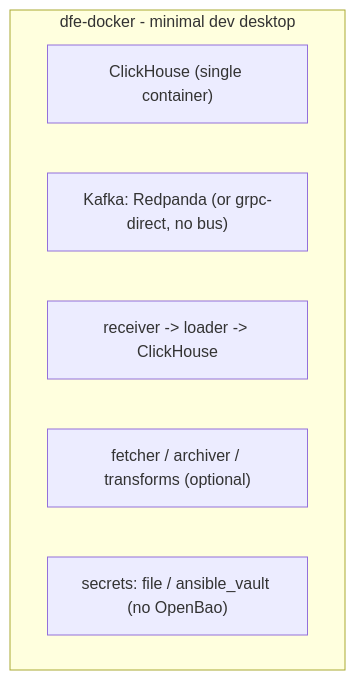
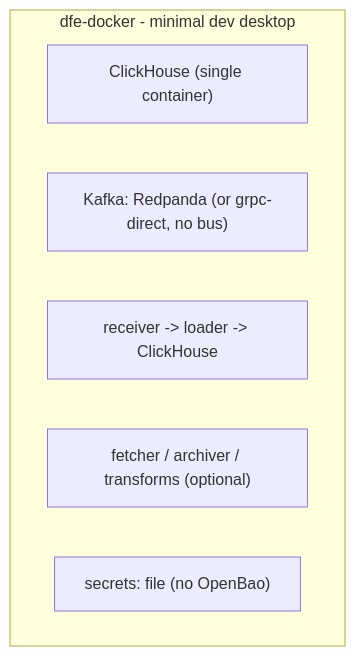
The fourth of 4 diagrams in docs/deployment/backing-services.md (hyperi-io/dfe-engine), drawn with Mermaid before and after one commit. The commit also changed other lines of this file and 17 other files, not shown here.

````diff
--- a/docs/deployment/backing-services.md
+++ b/docs/deployment/backing-services.md
@@ -140,10 +139,10 @@
 ```mermaid
 flowchart TB
     subgraph docker["dfe-docker - minimal dev desktop"]
         ch["ClickHouse (single container)"]
         k["Kafka: Redpanda (or grpc-direct, no bus)"]
         ing["receiver -> loader -> ClickHouse"]
         fa["fetcher / archiver / transforms (optional)"]
-        sec["secrets: file / ansible_vault (no OpenBao)"]
+        sec["secrets: file (no OpenBao)"]
     end
 ```
````
